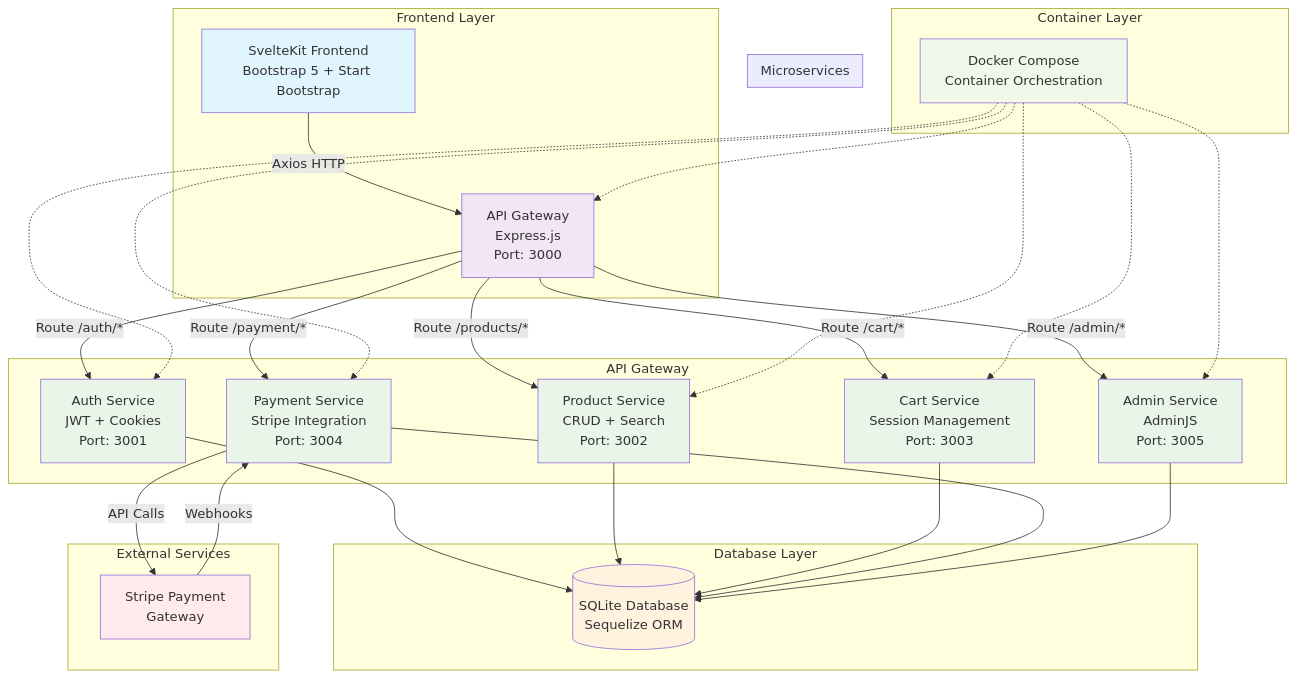
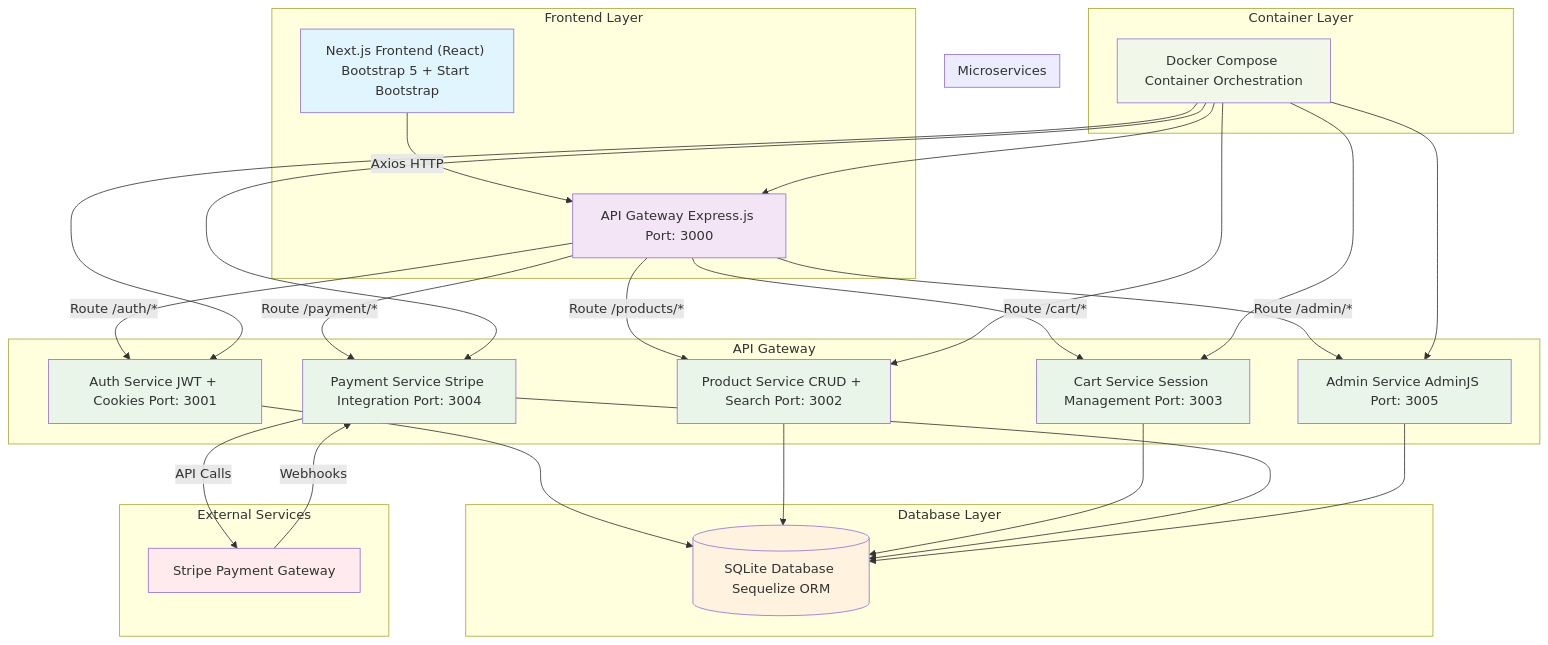
Before and after one commit to phukrit7171/raceparts-ecommerce: the first of 3 diagrams in docs/Architecture_and_design_system.md, drawn with Mermaid. The commit also changed other lines of this file and 3 other files, not shown here.

Commit message:
Refactor documentation: Update README, API documentation, architecture diagrams, and handover document to reflect changes in technology stack and project structure

````diff
--- a/docs/Architecture_and_design_system.md
+++ b/docs/Architecture_and_design_system.md
@@ -5,60 +5,60 @@
 ```mermaid
 graph TB
     subgraph "Frontend Layer"
-        UI[SvelteKit Frontend<br/>Bootstrap 5 + Start Bootstrap]
+        UI["Next.js Frontend (React) Bootstrap 5 + Start Bootstrap"]
         UI --> |Axios HTTP| GW
     end
     
     subgraph "API Gateway"
-        GW[API Gateway<br/>Express.js<br/>Port: 3000]
+        GW["API Gateway Express.js Port: 3000"]
         GW --> |Route /auth/*| AUTH
         GW --> |Route /products/*| PROD
         GW --> |Route /cart/*| CART
         GW --> |Route /payment/*| PAY
         GW --> |Route /admin/*| ADMIN
     end
     
     subgraph "Microservices"
-        AUTH[Auth Service<br/>JWT + Cookies<br/>Port: 3001]
-        PROD[Product Service<br/>CRUD + Search<br/>Port: 3002]
-        CART[Cart Service<br/>Session Management<br/>Port: 3003]
-        PAY[Payment Service<br/>Stripe Integration<br/>Port: 3004]
-        ADMIN[Admin Service<br/>AdminJS<br/>Port: 3005]
+        AUTH["Auth Service JWT + Cookies Port: 3001"]
+        PROD["Product Service CRUD + Search Port: 3002"]
+        CART["Cart Service Session Management Port: 3003"]
+        PAY["Payment Service Stripe Integration Port: 3004"]
+        ADMIN["Admin Service AdminJS Port: 3005"]
     end
     
     subgraph "Database Layer"
-        DB[(SQLite Database<br/>Sequelize ORM)]
+        DB[(SQLite Database Sequelize ORM)]
         AUTH --> DB
         PROD --> DB
         CART --> DB
         PAY --> DB
         ADMIN --> DB
     end
     
     subgraph "External Services"
-        STRIPE[Stripe Payment<br/>Gateway]
+        STRIPE["Stripe Payment Gateway"]
         PAY --> |API Calls| STRIPE
         STRIPE --> |Webhooks| PAY
     end
     
     subgraph "Container Layer"
-        DOCKER[Docker Compose<br/>Container Orchestration]
-        DOCKER -.-> AUTH
-        DOCKER -.-> PROD
-        DOCKER -.-> CART
-        DOCKER -.-> PAY
-        DOCKER -.-> ADMIN
-        DOCKER -.-> GW
+        DOCKER["Docker Compose Container Orchestration"]
+        DOCKER --> AUTH
+        DOCKER --> PROD
+        DOCKER --> CART
+        DOCKER --> PAY
+        DOCKER --> ADMIN
+        DOCKER --> GW
     end
     
     style UI fill:#e1f5fe
     style GW fill:#f3e5f5
     style AUTH fill:#e8f5e8
     style PROD fill:#e8f5e8
     style CART fill:#e8f5e8
     style PAY fill:#e8f5e8
     style ADMIN fill:#e8f5e8
     style DB fill:#fff3e0
     style STRIPE fill:#ffebee
     style DOCKER fill:#f1f8e9
 ```
````
